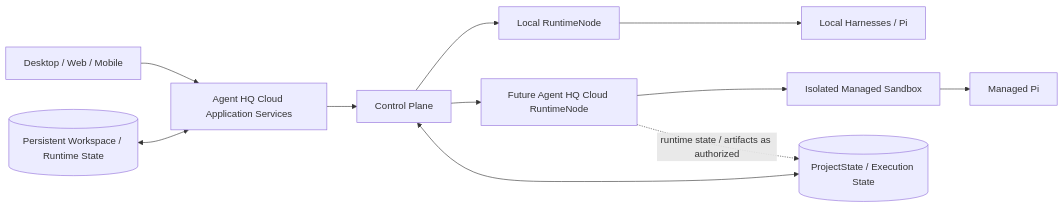
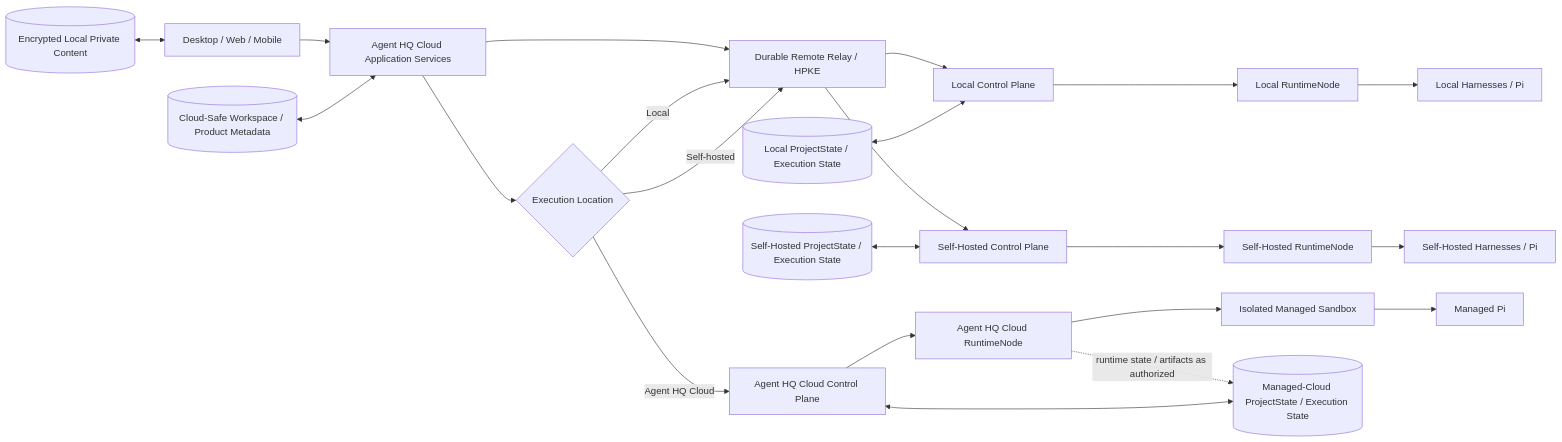
Before and after one commit to adea-ai/adea: diagram 11 of 18 in docs/architecture/diagram-sources.md, drawn with Mermaid. The commit also changed other lines of this file, not shown here.

Commit message:
docs: reconcile Agent HQ architecture diagrams with canonical source

````diff
--- a/docs/architecture/diagram-sources.md
+++ b/docs/architecture/diagram-sources.md
@@ -349,13 +412,24 @@
 ```mermaid
 flowchart LR
     C[Desktop / Web / Mobile] --> APP[Agent HQ Cloud Application Services]
-    APP --> CP[Control Plane]
-    CP --> L[Local RuntimeNode]
-    CP --> CC[Future Agent HQ Cloud RuntimeNode]
+    APP --> RELAY[Durable Remote Relay / HPKE]
+    APP --> X{Execution Location}
+    X -->|Local| RELAY
+    RELAY --> LCP[Local Control Plane]
+    X -->|Self-hosted| RELAY
+    RELAY --> HCP[Self-Hosted Control Plane]
+    X -->|Agent HQ Cloud| CCP[Agent HQ Cloud Control Plane]
+    LCP --> L[Local RuntimeNode]
+    HCP --> H[Self-Hosted RuntimeNode]
+    CCP --> CC[Agent HQ Cloud RuntimeNode]
     L --> LH[Local Harnesses / Pi]
+    H --> HH[Self-Hosted Harnesses / Pi]
     CC --> S[Isolated Managed Sandbox]
     S --> PI[Managed Pi]
-    P[(Persistent Workspace / Runtime State)] <--> APP
-    CPS[(ProjectState / Execution State)] <--> CP
+    P[(Cloud-Safe Workspace / Product Metadata)] <--> APP
+    LC[(Encrypted Local Private Content)] <--> C
+    LPS[(Local ProjectState / Execution State)] <--> LCP
+    HPS[(Self-Hosted ProjectState / Execution State)] <--> HCP
+    CPS[(Managed-Cloud ProjectState / Execution State)] <--> CCP
     CC -. runtime state / artifacts as authorized .-> CPS
 ```
````
